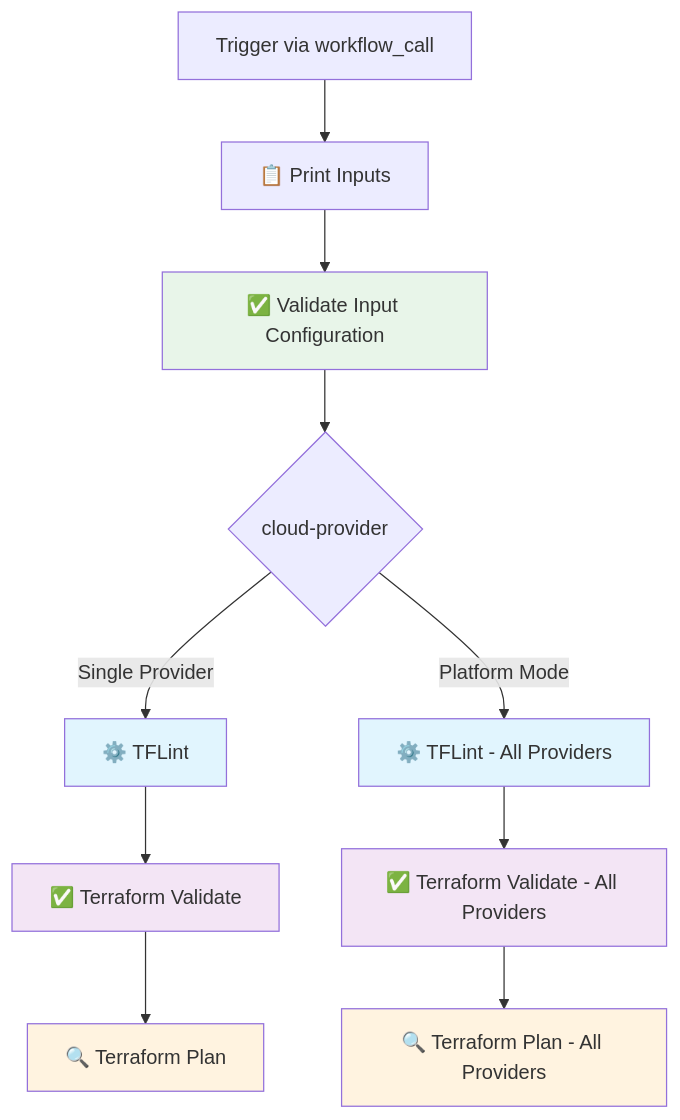
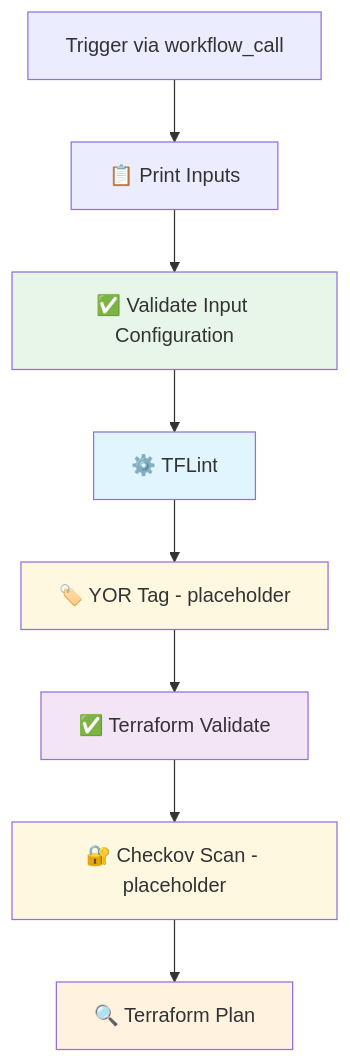
The diagram in README.md (subhamay-bhattacharyya-gha/tf-ci-reusable-wf), drawn with Mermaid before and after one commit. The commit also changed other lines of this file and 2 other files, not shown here.

Commit message:
feat: add placeholder jobs for YOR tagging and Checkov scan in CI workflow

````diff
--- a/README.md
+++ b/README.md
@@ -75,23 +78,17 @@
 ```mermaid
 flowchart TD
     A[Trigger via workflow_call] --> B[📋 Print Inputs]
     B --> C[✅ Validate Input Configuration]
-    C --> D{cloud-provider}
-    
-    D -->|Single Provider| E[⚙️ TFLint]
-    D -->|Platform Mode| F[⚙️ TFLint - All Providers]
-    
-    E --> G[✅ Terraform Validate]
-    F --> H[✅ Terraform Validate - All Providers]
-    
-    G --> I[🔍 Terraform Plan]
-    H --> J[🔍 Terraform Plan - All Providers]
-    
+    C --> E[⚙️ TFLint]
+    E --> T[🏷️ YOR Tag - placeholder]
+    T --> G[✅ Terraform Validate]
+    G --> K[🔐 Checkov Scan - placeholder]
+    K --> I[🔍 Terraform Plan]
+
     style C fill:#e8f5e9
     style E fill:#e1f5fe
-    style F fill:#e1f5fe
+    style T fill:#fff8e1
     style G fill:#f3e5f5
-    style H fill:#f3e5f5
+    style K fill:#fff8e1
     style I fill:#fff3e0
-    style J fill:#fff3e0
 ```
````
